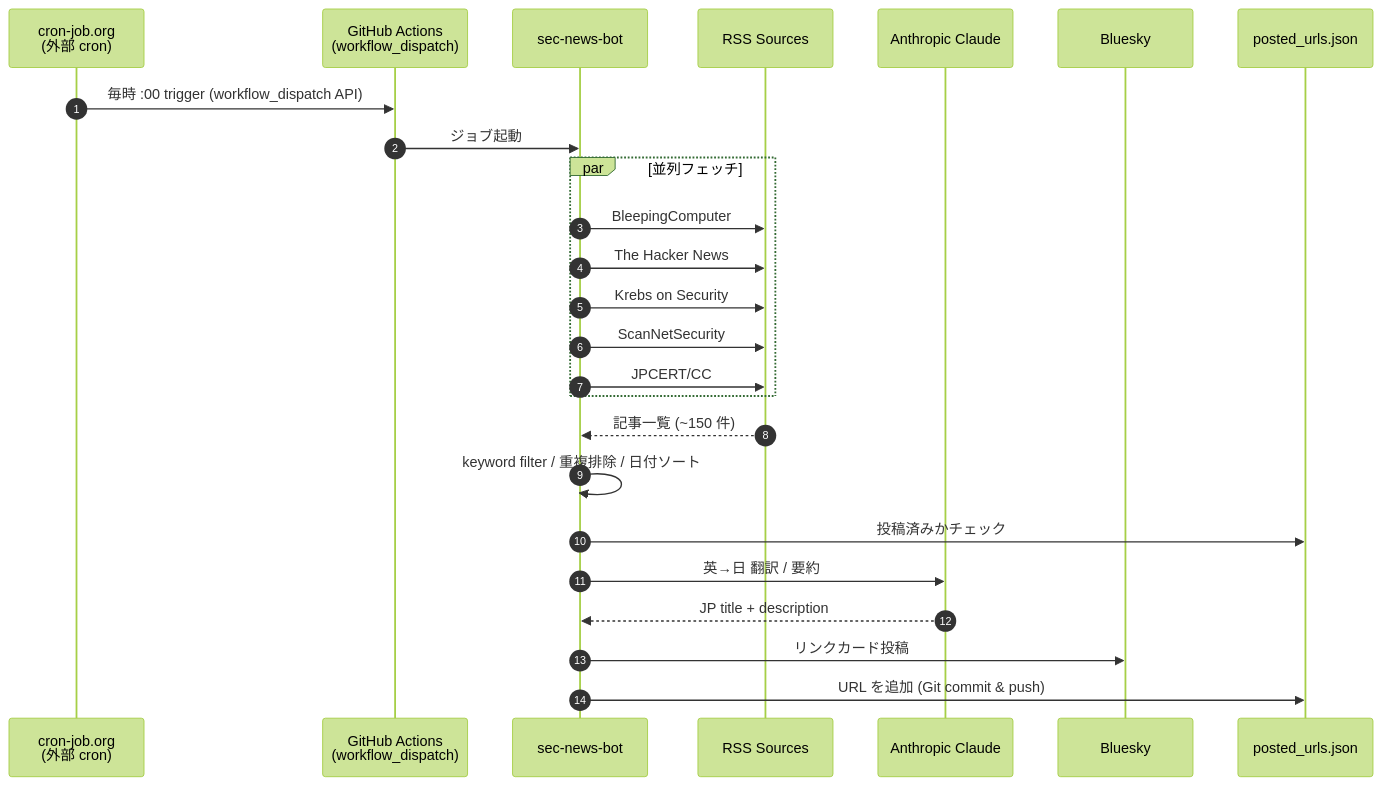
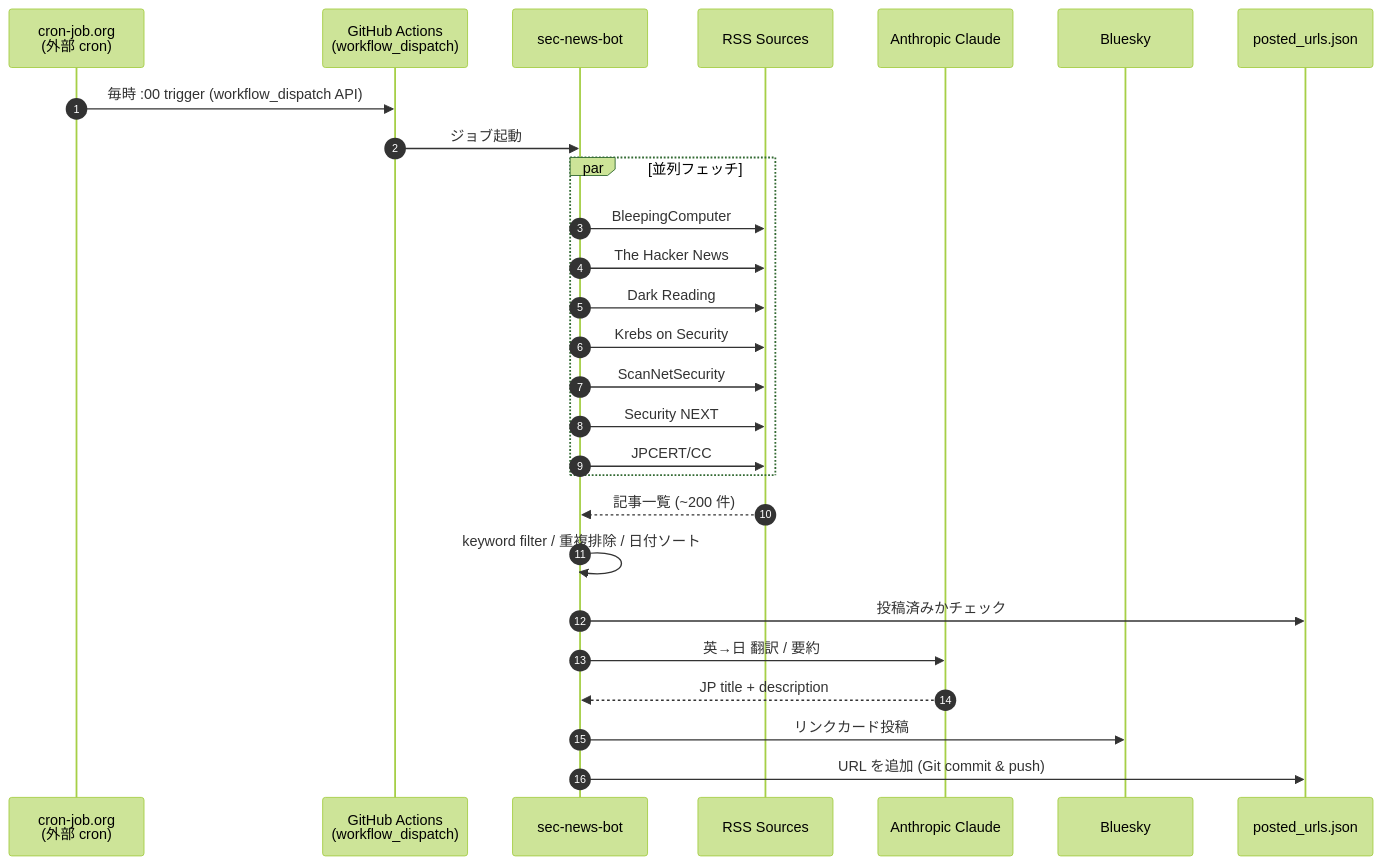
The diagram in README.md (httttmm/sec-news-bot), drawn with Mermaid (forest theme) before and after one commit. The commit also changed other lines of this file and 3 other files, not shown here.

First line of the commit message:
feat: add Dark Reading and Security NEXT to default RSS sources

````diff
--- a/README.md
+++ b/README.md
@@ -80,28 +82,30 @@
 ```mermaid
 sequenceDiagram
     autonumber
     participant Cron as cron-job.org<br/>(外部 cron)
     participant GHA as GitHub Actions<br/>(workflow_dispatch)
     participant Bot as sec-news-bot
     participant Feeds as RSS Sources
     participant Claude as Anthropic Claude
     participant Bsky as Bluesky
     participant Store as posted_urls.json
 
     Cron->>GHA: 毎時 :00 trigger (workflow_dispatch API)
     GHA->>Bot: ジョブ起動
     par 並列フェッチ
         Bot->>Feeds: BleepingComputer
         Bot->>Feeds: The Hacker News
+        Bot->>Feeds: Dark Reading
         Bot->>Feeds: Krebs on Security
         Bot->>Feeds: ScanNetSecurity
+        Bot->>Feeds: Security NEXT
         Bot->>Feeds: JPCERT/CC
     end
-    Feeds-->>Bot: 記事一覧 (~150 件)
+    Feeds-->>Bot: 記事一覧 (~200 件)
     Bot->>Bot: keyword filter / 重複排除 / 日付ソート
     Bot->>Store: 投稿済みかチェック
     Bot->>Claude: 英→日 翻訳 / 要約
     Claude-->>Bot: JP title + description
     Bot->>Bsky: リンクカード投稿
     Bot->>Store: URL を追加 (Git commit & push)
 ```
````
